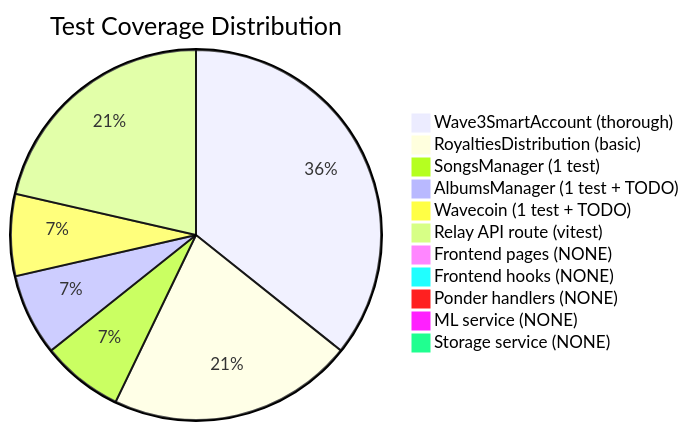
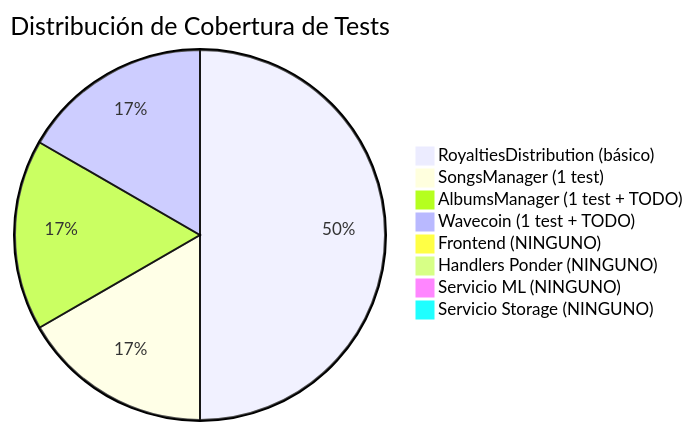
Before and after one commit to wave3org/wave3: the third of 4 diagrams in docs/STATUS.md, drawn with Mermaid. The commit also changed other lines of this file and 10 other files, not shown here.

````diff
--- a/docs/STATUS.md
+++ b/docs/STATUS.md
@@ -223,14 +178,11 @@
 ```mermaid
-pie title Test Coverage Distribution
-    "Wave3SmartAccount (thorough)" : 5
-    "RoyaltiesDistribution (basic)" : 3
+pie title Distribución de Cobertura de Tests
+    "RoyaltiesDistribution (básico)" : 3
     "SongsManager (1 test)" : 1
     "AlbumsManager (1 test + TODO)" : 1
     "Wavecoin (1 test + TODO)" : 1
-    "Relay API route (vitest)" : 3
-    "Frontend pages (NONE)" : 0
-    "Frontend hooks (NONE)" : 0
-    "Ponder handlers (NONE)" : 0
-    "ML service (NONE)" : 0
-    "Storage service (NONE)" : 0
+    "Frontend (NINGUNO)" : 0
+    "Handlers Ponder (NINGUNO)" : 0
+    "Servicio ML (NINGUNO)" : 0
+    "Servicio Storage (NINGUNO)" : 0
 ```
````
